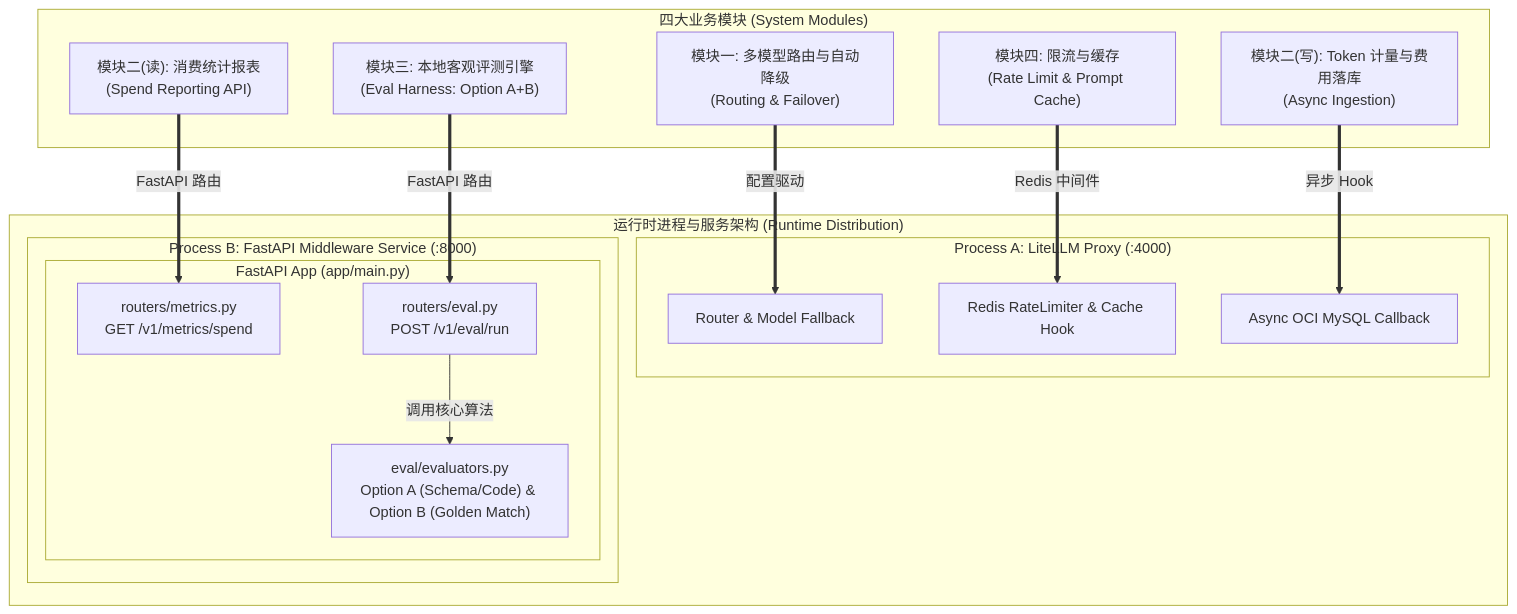
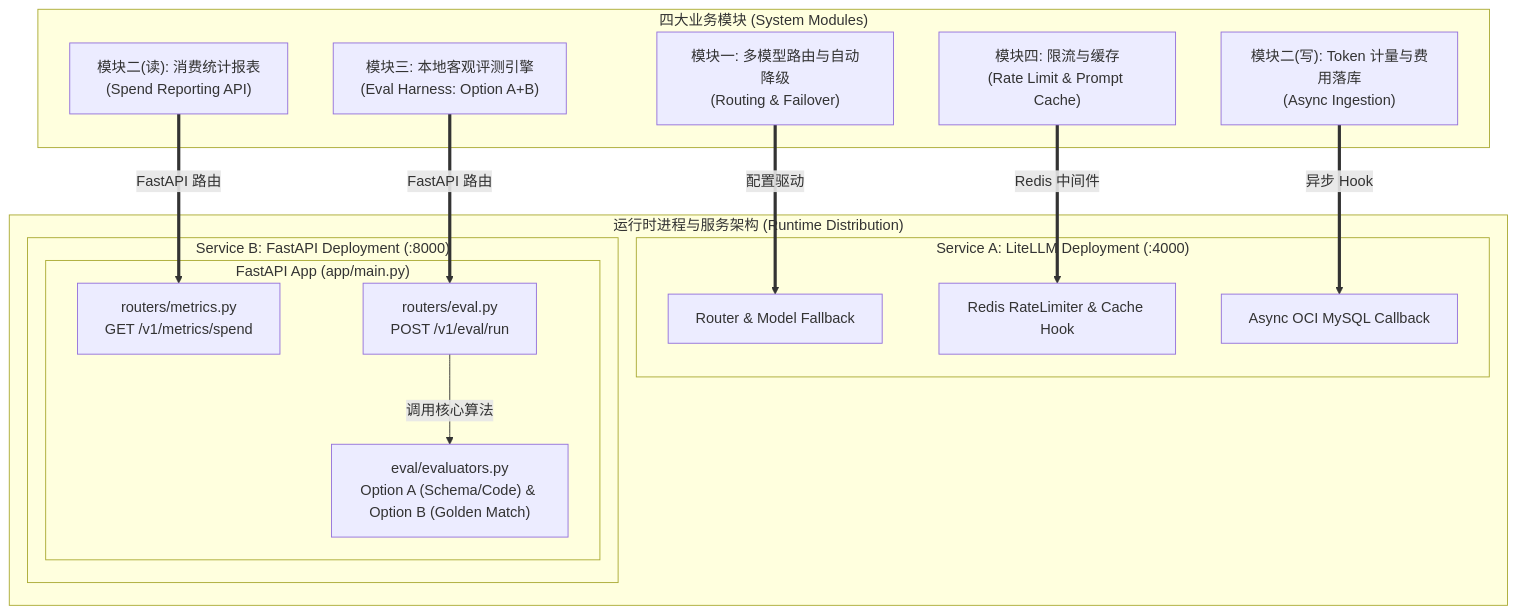
Before and after one commit to nvd11/my-litellm-service: the second of 3 diagrams in docs/ARCHITECTURE.md, drawn with Mermaid. The commit also changed other lines of this file and 2 other files, not shown here.

Commit message:
docs: update architecture diagram for argocd deployment

````diff
--- a/docs/ARCHITECTURE.md
+++ b/docs/ARCHITECTURE.md
@@ -47,34 +47,34 @@
 ```mermaid
 graph TB
     subgraph MODULES["四大业务模块 (System Modules)"]
         M1["模块一: 多模型路由与自动降级<br/>(Routing & Failover)"]
         M2_W["模块二(写): Token 计量与费用落库<br/>(Async Ingestion)"]
         M2_R["模块二(读): 消费统计报表<br/>(Spend Reporting API)"]
         M3["模块三: 本地客观评测引擎<br/>(Eval Harness: Option A+B)"]
         M4["模块四: 限流与缓存<br/>(Rate Limit & Prompt Cache)"]
     end
 
     subgraph PROCS["运行时进程与服务架构 (Runtime Distribution)"]
-        subgraph PROC_A["Process A: LiteLLM Proxy (:4000)"]
+        subgraph PROC_A["Service A: LiteLLM Deployment (:4000)"]
             P_Router["Router & Model Fallback"]
             P_Rate["Redis RateLimiter & Cache Hook"]
             P_Log["Async OCI MySQL Callback"]
         end
 
-        subgraph PROC_B["Process B: FastAPI Middleware Service (:8000)"]
+        subgraph PROC_B["Service B: FastAPI Deployment (:8000)"]
             subgraph APP["FastAPI App (app/main.py)"]
                 R_Metrics["routers/metrics.py<br/>GET /v1/metrics/spend"]
                 R_Eval["routers/eval.py<br/>POST /v1/eval/run"]
                 E_Engine["eval/evaluators.py<br/>Option A (Schema/Code) & Option B (Golden Match)"]
             end
         end
     end
 
     M1 ==>|配置驱动| P_Router
     M4 ==>|Redis 中间件| P_Rate
     M2_W ==>|异步 Hook| P_Log
 
     M2_R ==>|FastAPI 路由| R_Metrics
     M3 ==>|FastAPI 路由| R_Eval
     R_Eval -->|调用核心算法| E_Engine
 ```
````
